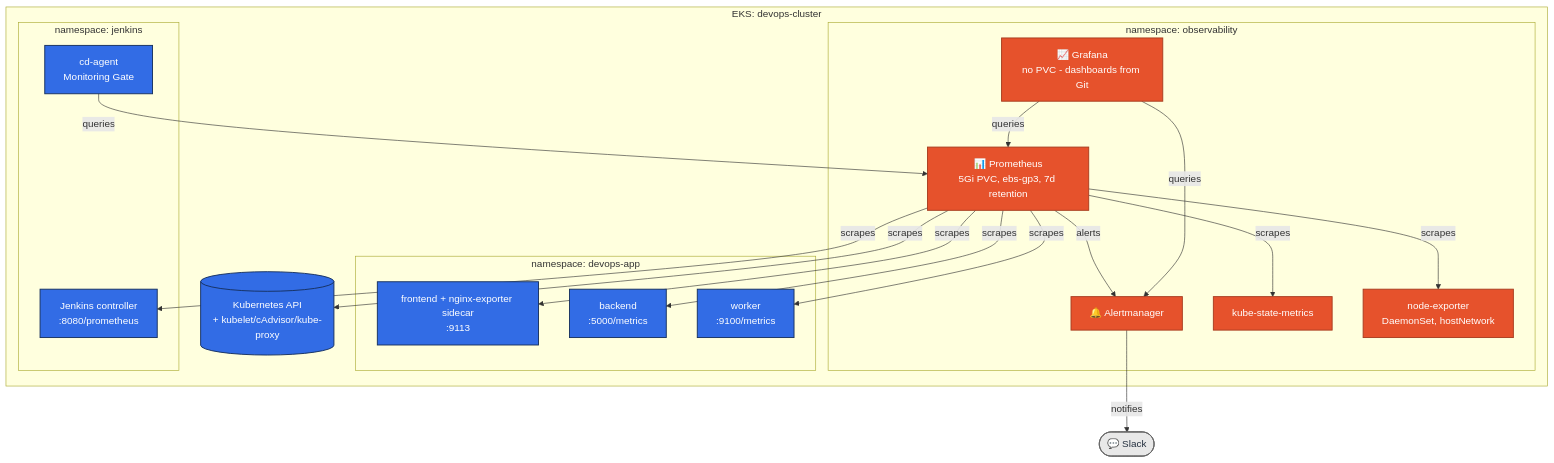
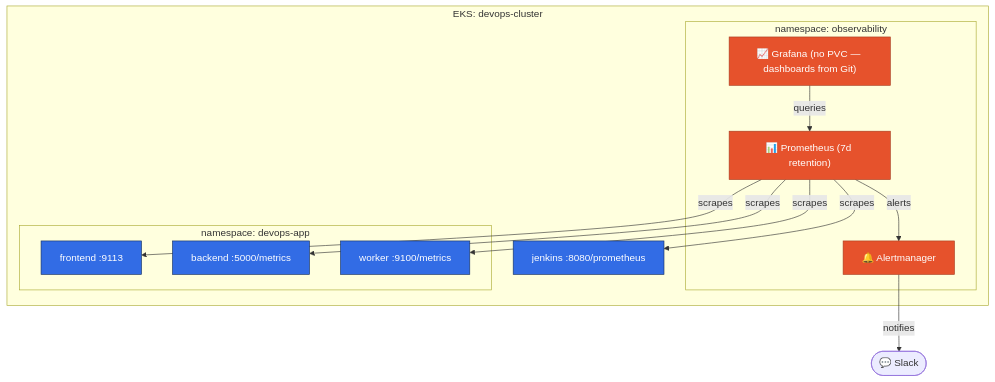
The second of 2 diagrams in README.md (MaxTsyganov/Running_Devops_Project), drawn with Mermaid before and after one commit. The commit also changed other lines of this file and 54 other files, not shown here.

````diff
--- a/README.md
+++ b/README.md
@@ -812,45 +240,25 @@
 ```mermaid
 flowchart TB
     Slack(["💬 Slack"])
-
     subgraph EKS["EKS: devops-cluster"]
         subgraph NsObs["namespace: observability"]
-            Prom["📊 Prometheus<br/>5Gi PVC, ebs-gp3, 7d retention"]
+            Prom["📊 Prometheus (7d retention)"]
             AM["🔔 Alertmanager"]
-            Graf["📈 Grafana<br/>no PVC - dashboards from Git"]
-            KSM["kube-state-metrics"]
-            NE["node-exporter<br/>DaemonSet, hostNetwork"]
+            Graf["📈 Grafana (no PVC — dashboards from Git)"]
         end
         subgraph NsApp["namespace: devops-app"]
-            FE["frontend + nginx-exporter sidecar<br/>:9113"]
-            BE["backend<br/>:5000/metrics"]
-            WK["worker<br/>:9100/metrics"]
+            FE["frontend :9113"]
+            BE["backend :5000/metrics"]
+            WK["worker :9100/metrics"]
         end
-        subgraph NsJenkins["namespace: jenkins"]
-            JK["Jenkins controller<br/>:8080/prometheus"]
-            CDAgent["cd-agent<br/>Monitoring Gate"]
-        end
-        KubeAPI[("Kubernetes API<br/>+ kubelet/cAdvisor/kube-proxy")]
+        NsJenkins["jenkins :8080/prometheus"]
     end
+    Prom -- scrapes --> FE & BE & WK & NsJenkins
+    Prom -- alerts --> AM -- notifies --> Slack
+    Graf -- queries --> Prom
 
-    Prom -- scrapes --> FE
-    Prom -- scrapes --> BE
-    Prom -- scrapes --> WK
-    Prom -- scrapes --> JK
-    Prom -- scrapes --> KSM
-    Prom -- scrapes --> NE
-    Prom -- scrapes --> KubeAPI
-    Prom -- alerts --> AM
-    AM -- notifies --> Slack
-    Graf -- queries --> Prom
-    Graf -- queries --> AM
-    CDAgent -- queries --> Prom
-
-    classDef obs fill:#e6522c,stroke:#a83c1f,color:#ffffff,stroke-width:1.5px
-    classDef k8s fill:#326CE5,stroke:#16305e,color:#ffffff,stroke-width:1.5px
-    classDef external fill:#e8e8e8,stroke:#666666,color:#232F3E,stroke-width:1.5px
-
-    class Prom,AM,Graf,KSM,NE obs
-    class FE,BE,WK,JK,CDAgent,KubeAPI k8s
-    class Slack external
+    classDef obs fill:#e6522c,stroke:#a83c1f,color:#ffffff
+    classDef k8s fill:#326CE5,stroke:#16305e,color:#ffffff
+    class Prom,AM,Graf obs
+    class FE,BE,WK,NsJenkins k8s
 ```
````
